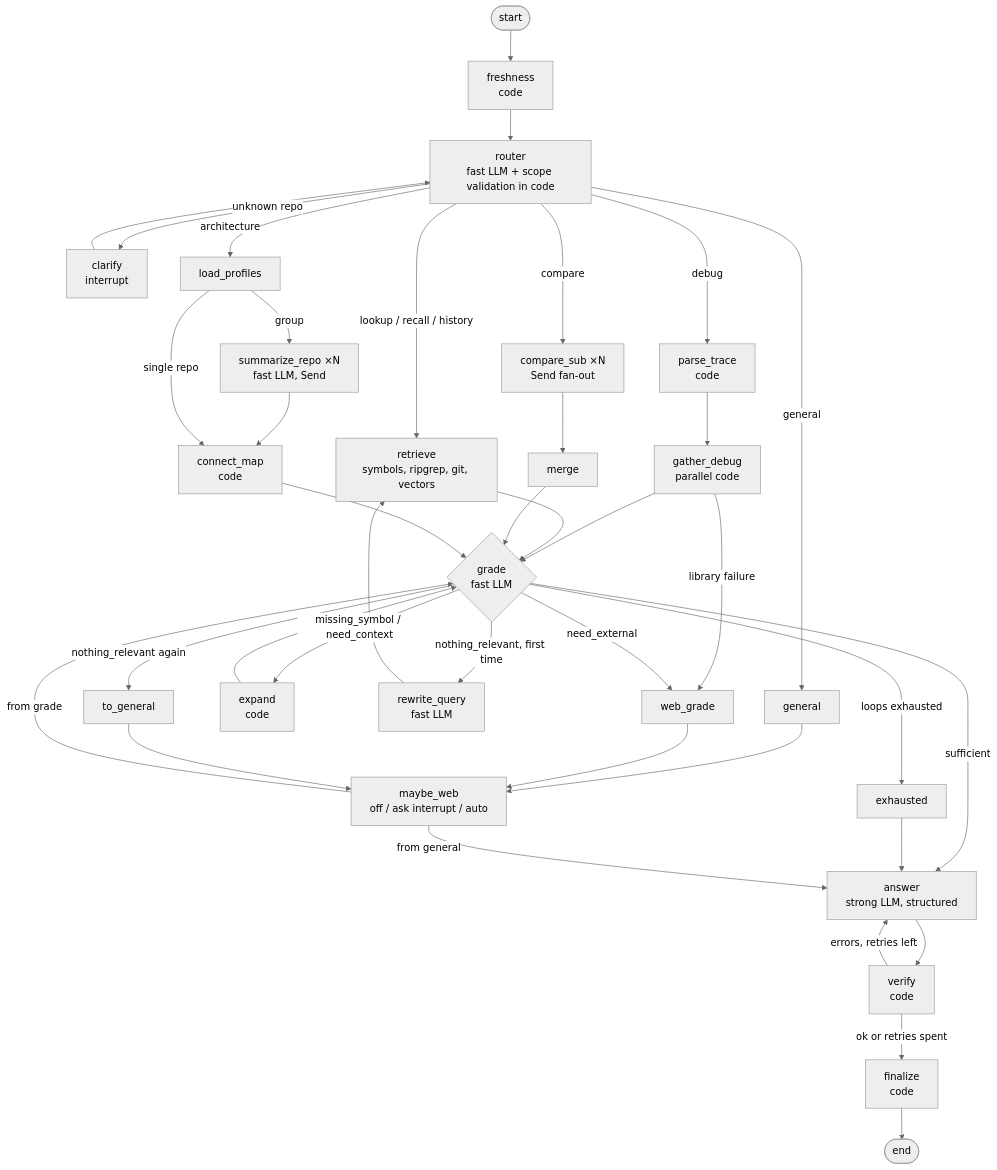
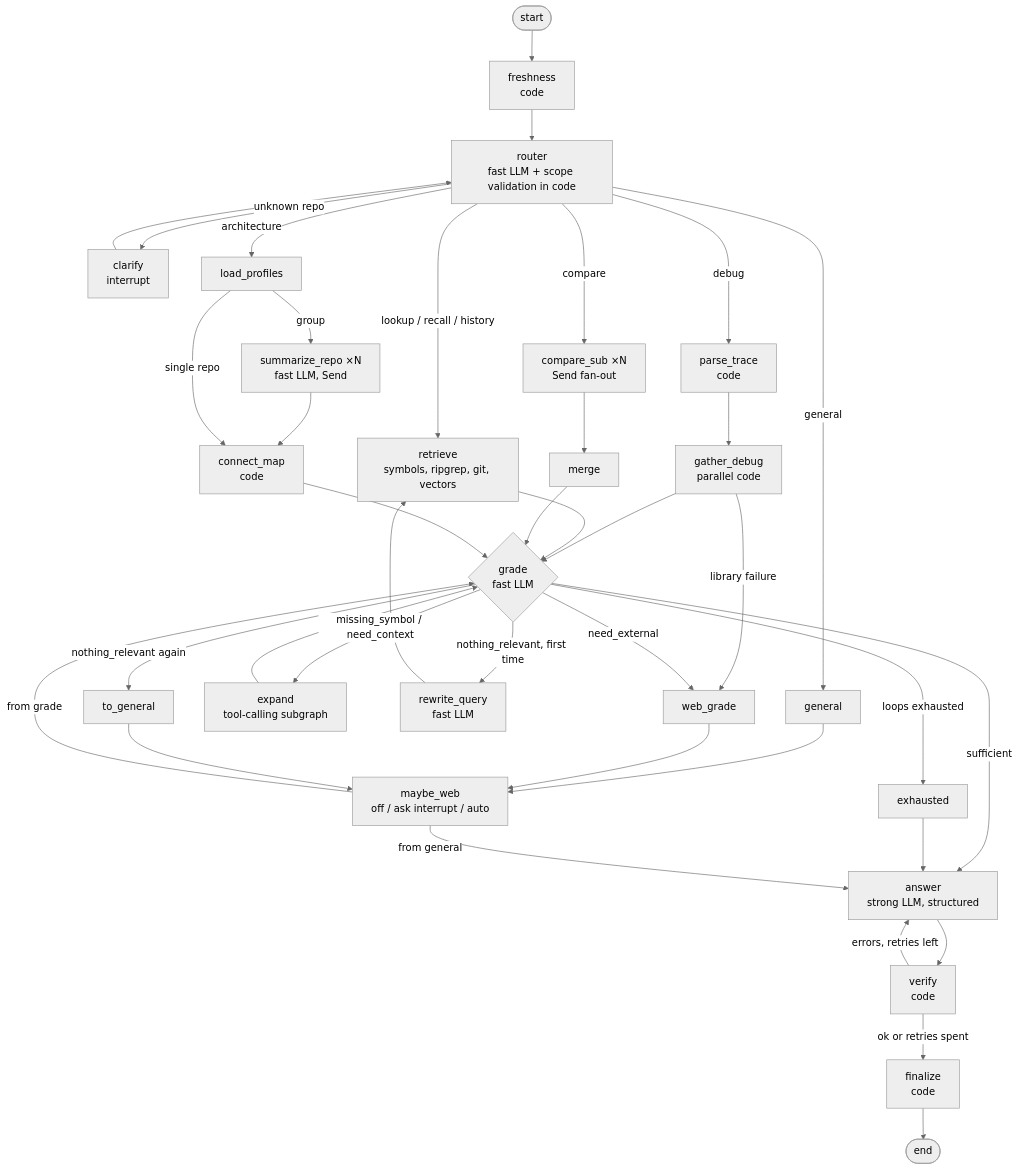
The second of 2 diagrams in docs/ARCHITECTURE.md (aman-todi/haive-mind), drawn with Mermaid (neutral theme) before and after one commit. The commit also changed other lines of this file and 38 other files, not shown here.

````diff
--- a/docs/ARCHITECTURE.md
+++ b/docs/ARCHITECTURE.md
@@ -41,30 +41,30 @@
 ```mermaid
 flowchart TD
   START([start]) --> F[freshness<br/>code]
   F --> R[router<br/>fast LLM + scope validation in code]
   R -->|unknown repo| CL[clarify<br/>interrupt]
   CL --> R
   R -->|lookup / recall / history| RT[retrieve<br/>symbols, ripgrep, git, vectors]
   R -->|debug| PT[parse_trace<br/>code] --> GD[gather_debug<br/>parallel code]
   R -->|compare| CS[compare_sub ×N<br/>Send fan-out] --> M[merge]
   R -->|architecture| LP[load_profiles] -->|group| SR[summarize_repo ×N<br/>fast LLM, Send] --> CMAP[connect_map<br/>code]
   LP -->|single repo| CMAP
   R -->|general| GEN[general] --> W
   GD -->|library failure| WG[web_grade] --> W
   GD --> GR
   RT --> GR
   M --> GR
   CMAP --> GR
   GR{grade<br/>fast LLM}
   GR -->|sufficient| A
-  GR -->|missing_symbol / need_context| X[expand<br/>code] --> GR
+  GR -->|missing_symbol / need_context| X[expand<br/>tool-calling subgraph] --> GR
   GR -->|need_external| WG
   GR -->|nothing_relevant, first time| RW[rewrite_query<br/>fast LLM] --> RT
   GR -->|nothing_relevant again| TG[to_general] --> W
   GR -->|loops exhausted| EX[exhausted] --> A
   W[maybe_web<br/>off / ask interrupt / auto] -->|from grade| GR
   W -->|from general| A
   A[answer<br/>strong LLM, structured] --> V[verify<br/>code]
   V -->|errors, retries left| A
   V -->|ok or retries spent| FN[finalize<br/>code] --> END([end])
 ```
````
